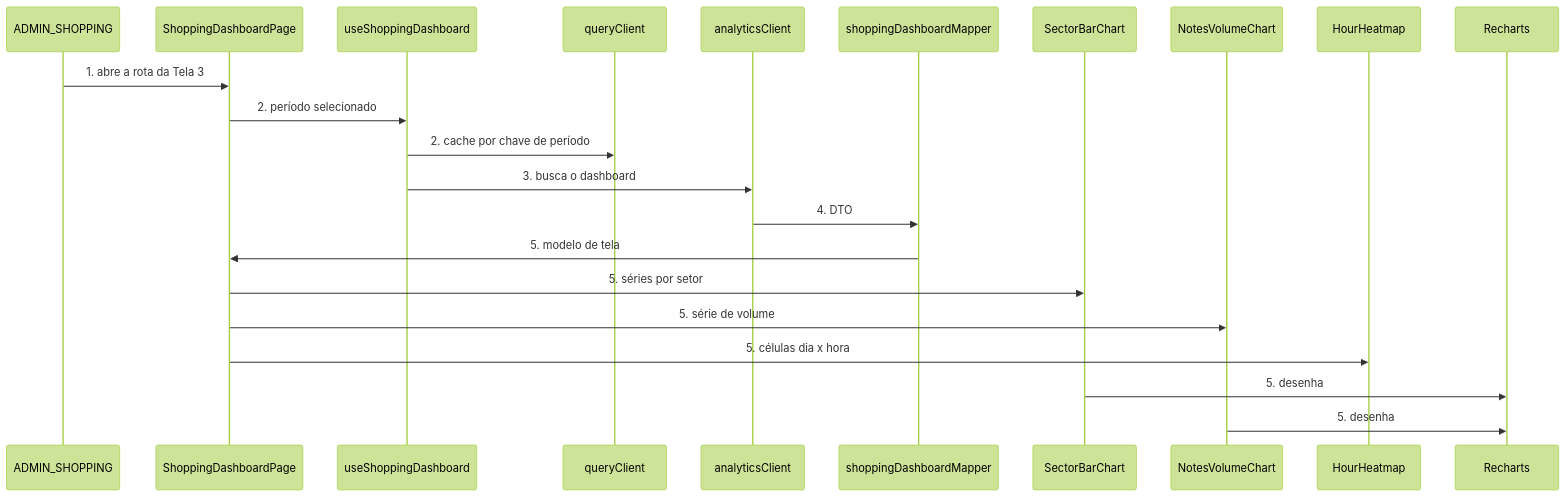
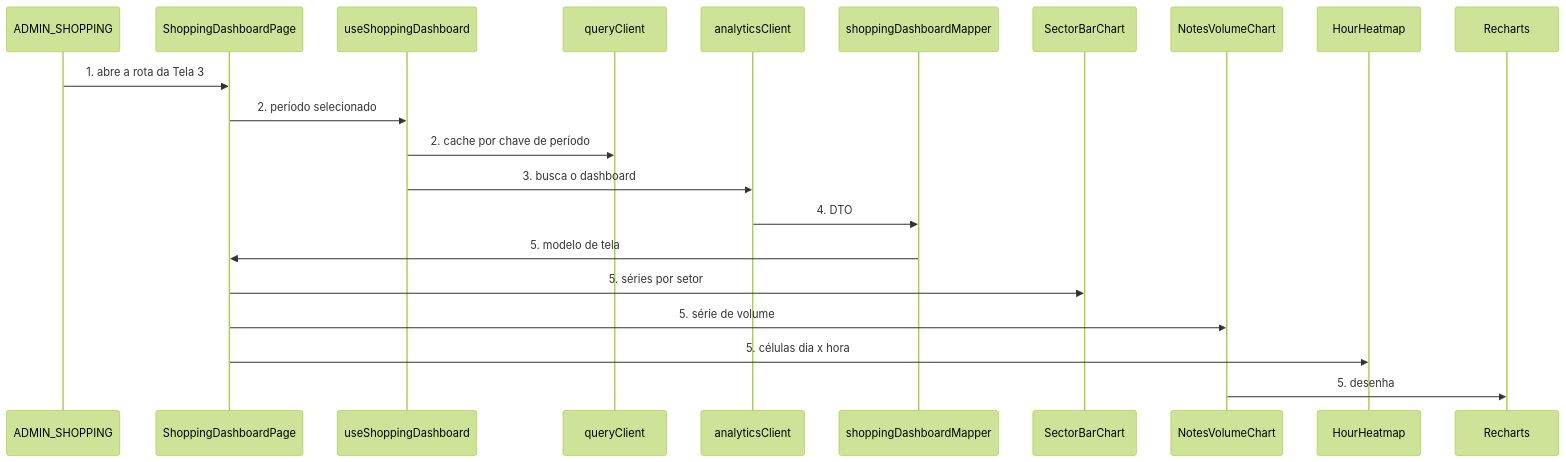
One commit to victoraugusto2008df-blip/Ho-ho-project changed the diagram in .specs/features/ord-12-portal-shopping/plan.md. Above: the diagram before and after it, drawn with Mermaid (forest theme). The commit also changed other lines of this file and 18 other files, not shown here.

````diff
--- a/.specs/features/ord-12-portal-shopping/plan.md
+++ b/.specs/features/ord-12-portal-shopping/plan.md
@@ -42,24 +42,23 @@
 ```mermaid
 sequenceDiagram
     participant U as ADMIN_SHOPPING
     participant P as ShoppingDashboardPage
     participant H as useShoppingDashboard
     participant Q as queryClient
     participant A as analyticsClient
     participant M as shoppingDashboardMapper
     participant S as SectorBarChart
     participant N as NotesVolumeChart
     participant T as HourHeatmap
     participant R as Recharts
     U->>P: 1. abre a rota da Tela 3
     P->>H: 2. período selecionado
     H->>Q: 2. cache por chave de período
     H->>A: 3. busca o dashboard
     A->>M: 4. DTO
     M->>P: 5. modelo de tela
     P->>S: 5. séries por setor
     P->>N: 5. série de volume
     P->>T: 5. células dia x hora
-    S->>R: 5. desenha
     N->>R: 5. desenha
 ```
````
